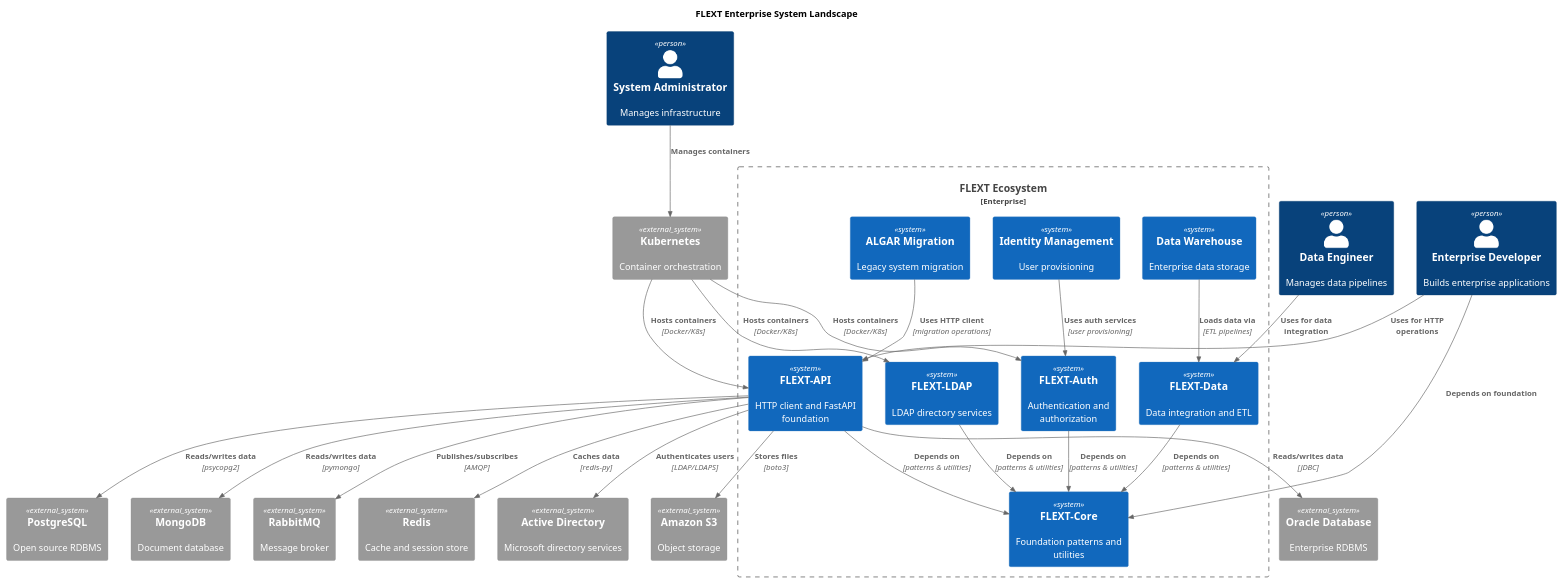
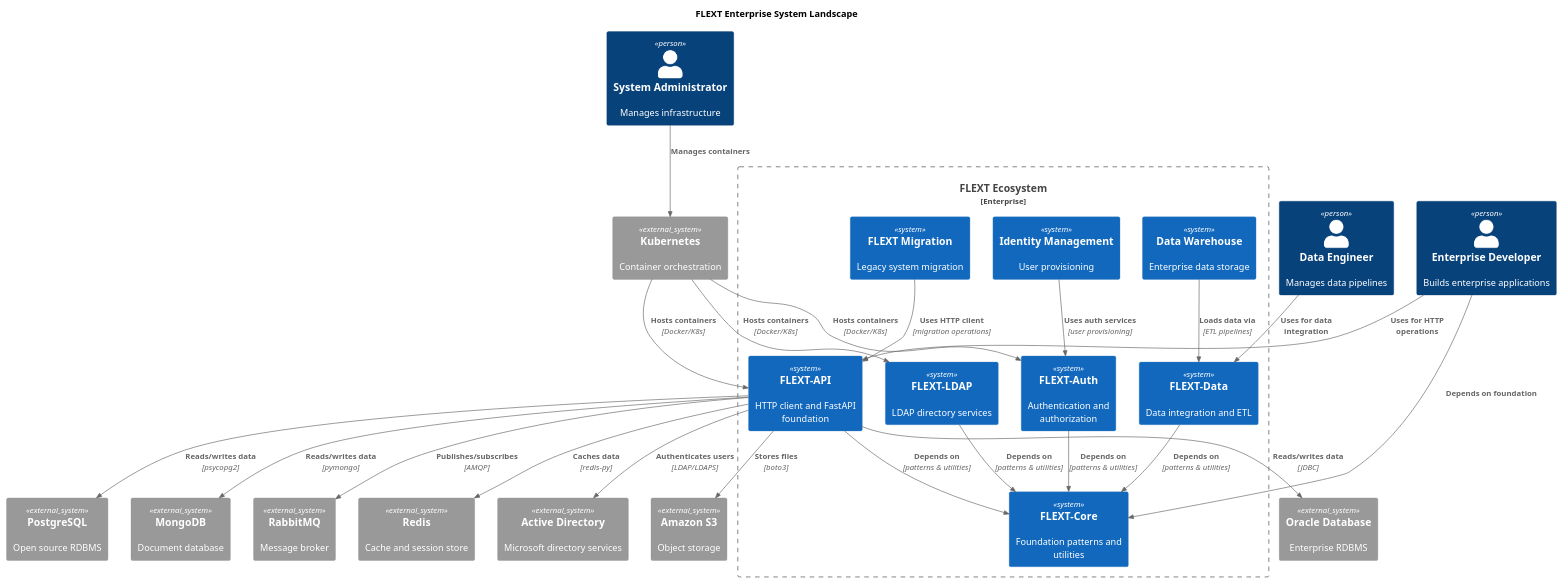
The diagram in docs/architecture/diagrams/system-landscape.puml (flext-sh/flext-api), drawn with PlantUML before and after one commit. The commit also changed 6 other files, not shown here.

```diff
--- a/docs/architecture/diagrams/system-landscape.puml
+++ b/docs/architecture/diagrams/system-landscape.puml
@@ -1,57 +1,57 @@
 @startuml FLEXT System Landscape
 !include https://raw.githubusercontent.com/plantuml-stdlib/C4-PlantUML/master/C4_Context.puml
 
 title FLEXT Enterprise System Landscape
 
 Person(enterprise_developer, "Enterprise Developer", "Builds enterprise applications")
 Person(data_engineer, "Data Engineer", "Manages data pipelines")
 Person(system_admin, "System Administrator", "Manages infrastructure")
 
 Enterprise_Boundary(flext_ecosystem, "FLEXT Ecosystem") {
     System(flext_api, "FLEXT-API", "HTTP client and FastAPI foundation")
     System(flext_core, "FLEXT-Core", "Foundation patterns and utilities")
     System(flext_ldap, "FLEXT-LDAP", "LDAP directory services")
     System(flext_auth, "FLEXT-Auth", "Authentication and authorization")
     System(flext_data, "FLEXT-Data", "Data integration and ETL")
 
-    System(algar_migration, "ALGAR Migration", "Legacy system migration")
+    System(flext_migration, "FLEXT Migration", "Legacy system migration")
     System(identity_management, "Identity Management", "User provisioning")
     System(data_warehouse, "Data Warehouse", "Enterprise data storage")
 }
 
 System_Ext(active_directory, "Active Directory", "Microsoft directory services")
 System_Ext(oracle_database, "Oracle Database", "Enterprise RDBMS")
 System_Ext(postgresql, "PostgreSQL", "Open source RDBMS")
 System_Ext(mongodb, "MongoDB", "Document database")
 System_Ext(rabbitmq, "RabbitMQ", "Message broker")
 System_Ext(redis, "Redis", "Cache and session store")
 System_Ext(s3_storage, "Amazon S3", "Object storage")
 System_Ext(kubernetes, "Kubernetes", "Container orchestration")
 
 Rel(enterprise_developer, flext_api, "Uses for HTTP operations")
 Rel(enterprise_developer, flext_core, "Depends on foundation")
 Rel(data_engineer, flext_data, "Uses for data integration")
 Rel(system_admin, kubernetes, "Manages containers")
 
 Rel(flext_api, flext_core, "Depends on", "patterns & utilities")
 Rel(flext_ldap, flext_core, "Depends on", "patterns & utilities")
 Rel(flext_auth, flext_core, "Depends on", "patterns & utilities")
 Rel(flext_data, flext_core, "Depends on", "patterns & utilities")
 
 Rel(flext_api, active_directory, "Authenticates users", "LDAP/LDAPS")
 Rel(flext_api, oracle_database, "Reads/writes data", "JDBC")
 Rel(flext_api, postgresql, "Reads/writes data", "psycopg2")
 Rel(flext_api, mongodb, "Reads/writes data", "pymongo")
 Rel(flext_api, rabbitmq, "Publishes/subscribes", "AMQP")
 Rel(flext_api, redis, "Caches data", "redis-py")
 Rel(flext_api, s3_storage, "Stores files", "boto3")
 
-Rel(algar_migration, flext_api, "Uses HTTP client", "migration operations")
+Rel(flext_migration, flext_api, "Uses HTTP client", "migration operations")
 Rel(identity_management, flext_auth, "Uses auth services", "user provisioning")
 Rel(data_warehouse, flext_data, "Loads data via", "ETL pipelines")
 
 Rel(kubernetes, flext_api, "Hosts containers", "Docker/K8s")
 Rel(kubernetes, flext_ldap, "Hosts containers", "Docker/K8s")
 Rel(kubernetes, flext_auth, "Hosts containers", "Docker/K8s")
 
 @enduml
```
